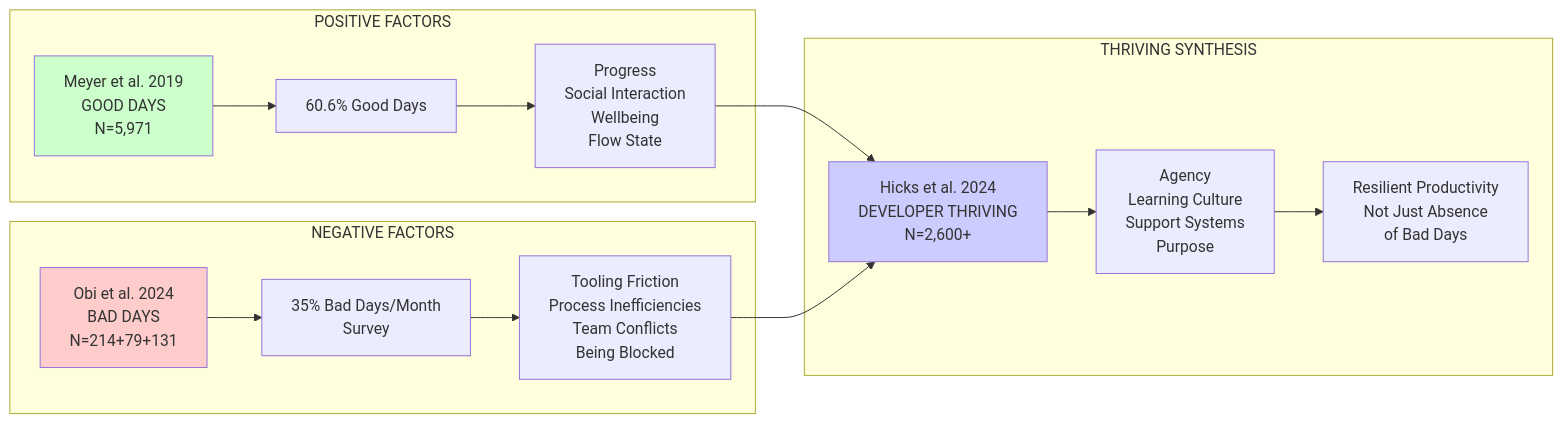
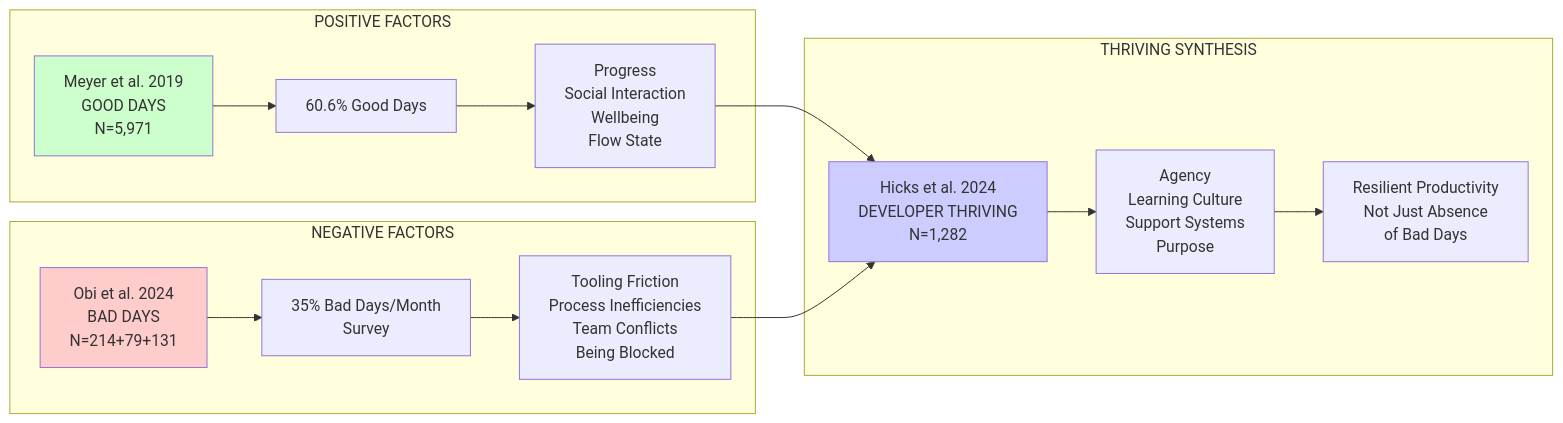
The fifth of 10 diagrams in concepts/integration_framework-architecture.md (CdrBlair/project-2501), drawn with Mermaid before and after one commit. The commit also changed other lines of this file and 2 other files, not shown here.

````diff
--- a/concepts/integration_framework-architecture.md
+++ b/concepts/integration_framework-architecture.md
@@ -422,34 +422,34 @@
 ```mermaid
 flowchart LR
     subgraph "POSITIVE FACTORS"
         P1[Meyer et al. 2019<br/>GOOD DAYS<br/>N=5,971]
         P2[60.6% Good Days]
         P3[Progress<br/>Social Interaction<br/>Wellbeing<br/>Flow State]
     end
     
     subgraph "NEGATIVE FACTORS"
         N1[Obi et al. 2024<br/>BAD DAYS<br/>N=214+79+131]
         N2[35% Bad Days/Month<br/>Survey]
         N3[Tooling Friction<br/>Process Inefficiencies<br/>Team Conflicts<br/>Being Blocked]
     end
     
     subgraph "THRIVING SYNTHESIS"
-        T1[Hicks et al. 2024<br/>DEVELOPER THRIVING<br/>N=2,600+]
+        T1[Hicks et al. 2024<br/>DEVELOPER THRIVING<br/>N=1,282]
         T2[Agency<br/>Learning Culture<br/>Support Systems<br/>Purpose]
         T3[Resilient Productivity<br/>Not Just Absence<br/>of Bad Days]
     end
     
     P1 --> P2
     P2 --> P3
     N1 --> N2
     N2 --> N3
     
     P3 --> T1
     N3 --> T1
     T1 --> T2
     T2 --> T3
     
     style P1 fill:#ccffcc
     style N1 fill:#ffcccc
     style T1 fill:#ccccff
 ```
````
